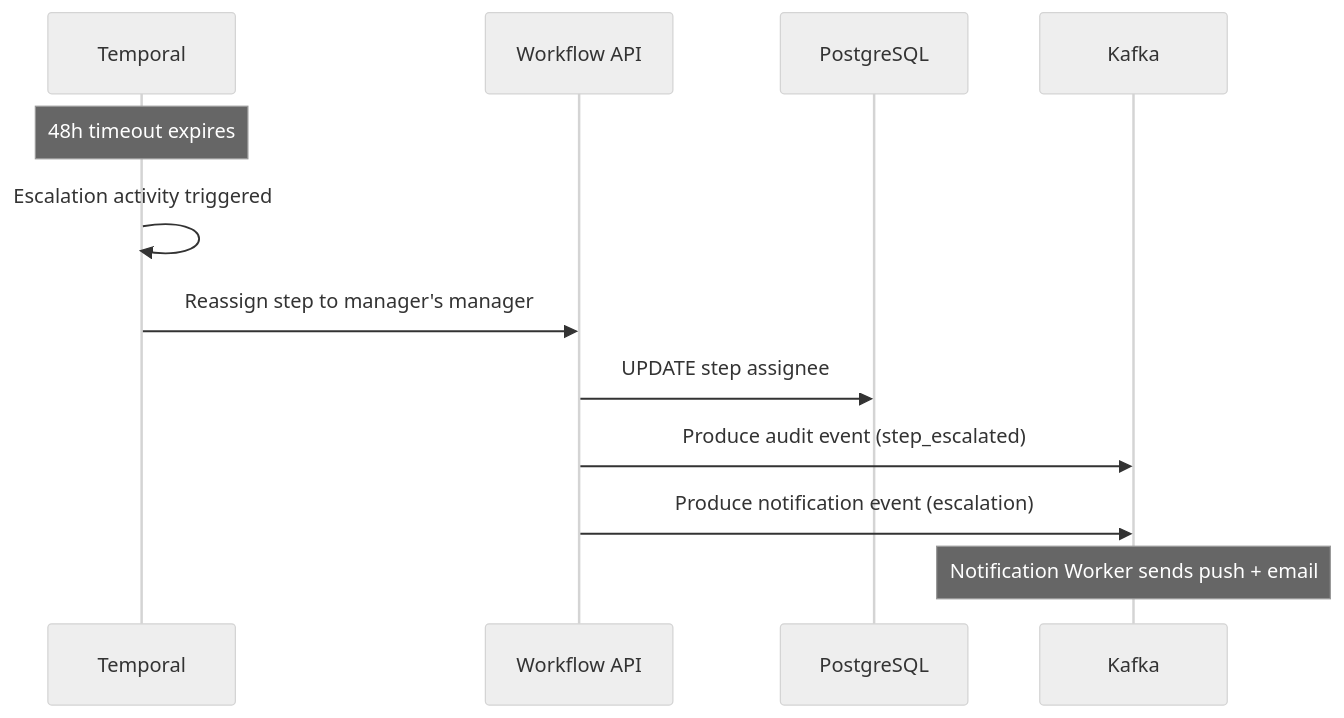
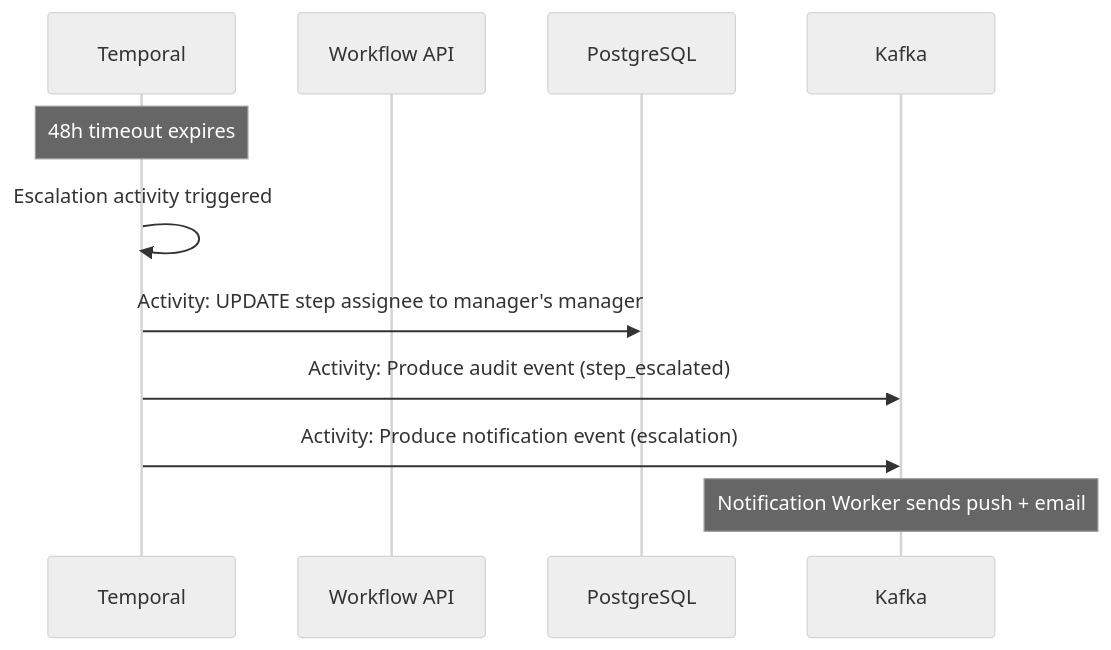
One commit to Eyolf6Coyote7/Eyolf6Coyote7 changed the seventh of 10 diagrams in enterprise_workflow_system/docs/system_architecture.md. Above: the diagram before and after it, drawn with Mermaid (neutral theme). The commit also changed other lines of this file, not shown here.

First line of the commit message:
🎨style#47: apply Gemini review — align sequence diagrams with CQRS write path

````diff
--- a/enterprise_workflow_system/docs/system_architecture.md
+++ b/enterprise_workflow_system/docs/system_architecture.md
@@ -208,15 +208,14 @@
 ```mermaid
 sequenceDiagram
   participant TMP as Temporal
   participant API as Workflow API
   participant PG as PostgreSQL
   participant KF as Kafka
 
   Note over TMP: 48h timeout expires
   TMP->>TMP: Escalation activity triggered
-  TMP->>API: Reassign step to manager's manager
-  API->>PG: UPDATE step assignee
-  API->>KF: Produce audit event (step_escalated)
-  API->>KF: Produce notification event (escalation)
+  TMP->>PG: Activity: UPDATE step assignee to manager's manager
+  TMP->>KF: Activity: Produce audit event (step_escalated)
+  TMP->>KF: Activity: Produce notification event (escalation)
   Note over KF: Notification Worker sends push + email
 ```
````
